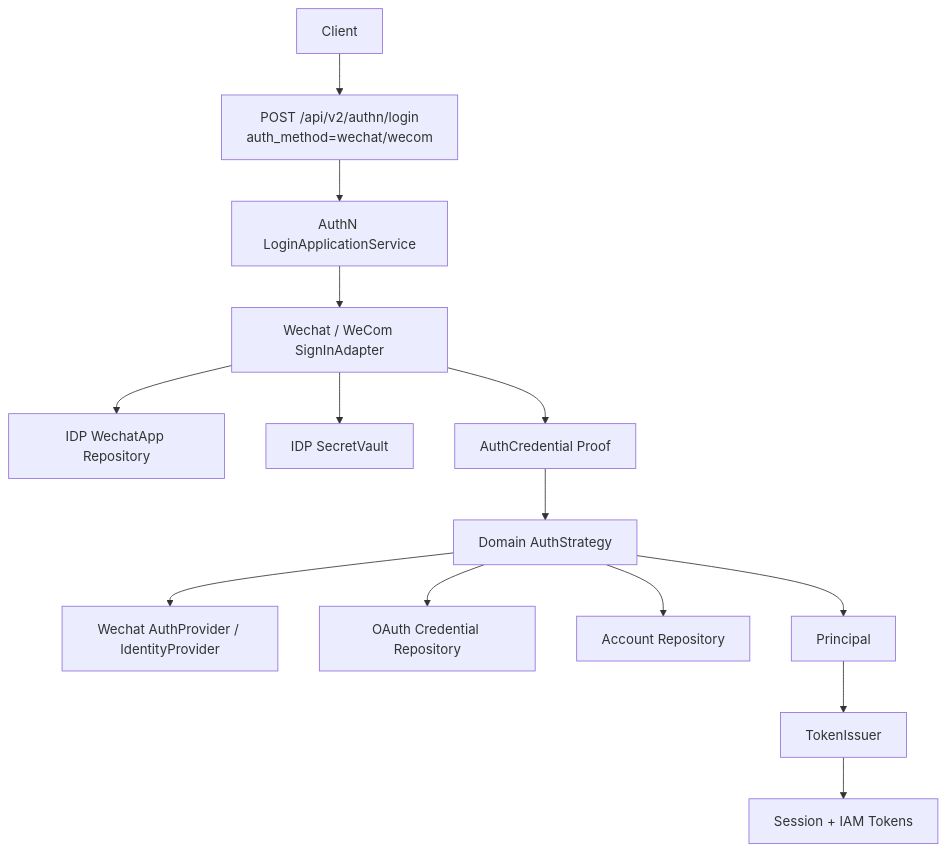
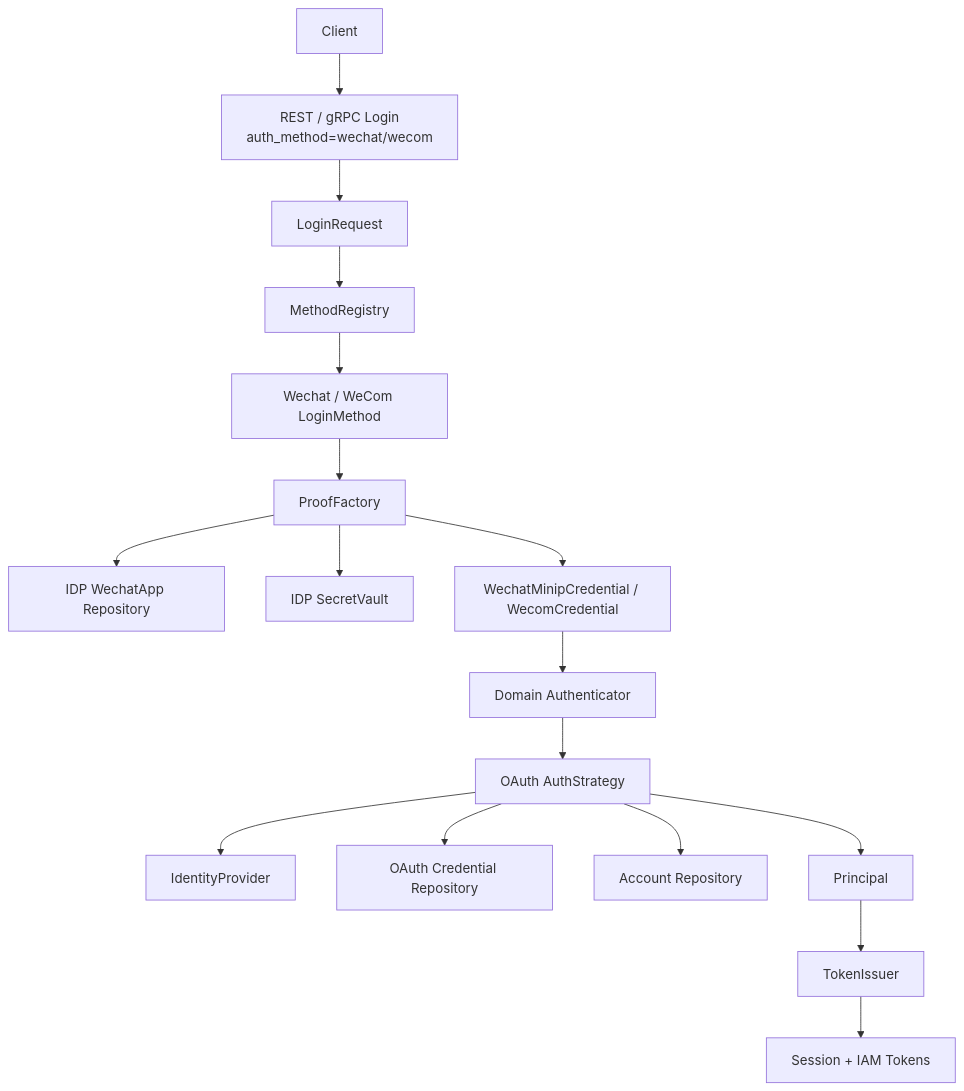
One commit to FangcunMount/iam changed the first of 5 diagrams in docs/02-认证AuthN/04-第三方登录与IDP协作.md. Above: the diagram before and after it, drawn with Mermaid. The commit also changed other lines of this file and 5 other files, not shown here.

````diff
--- a/docs/02-认证AuthN/04-第三方登录与IDP协作.md
+++ b/docs/02-认证AuthN/04-第三方登录与IDP协作.md
@@ -80,28 +85,31 @@
 ```mermaid
 flowchart TD
     Client["Client"]
-    Login["POST /api/v2/authn/login<br/>auth_method=wechat/wecom"]
-    AuthN["AuthN LoginApplicationService"]
-    Adapter["Wechat / WeCom SignInAdapter"]
+    Login["REST / gRPC Login<br/>auth_method=wechat/wecom"]
+    LoginRequest["LoginRequest"]
+    Registry["MethodRegistry"]
+    LoginMethod["Wechat / WeCom LoginMethod"]
+    ProofFactory["ProofFactory"]
 
     IDPRepo["IDP WechatApp Repository"]
     Vault["IDP SecretVault"]
-    AuthProvider["Wechat AuthProvider / IdentityProvider"]
+    IdentityProvider["IdentityProvider"]
 
-    Proof["AuthCredential Proof"]
-    Strategy["Domain AuthStrategy"]
+    Proof["WechatMinipCredential / WecomCredential"]
+    Authenticator["Domain Authenticator"]
+    Strategy["OAuth AuthStrategy"]
     CredentialRepo["OAuth Credential Repository"]
     AccountRepo["Account Repository"]
     Principal["Principal"]
     TokenIssuer["TokenIssuer"]
     SessionToken["Session + IAM Tokens"]
 
-    Client --> Login --> AuthN --> Adapter
-    Adapter --> IDPRepo
-    Adapter --> Vault
-    Adapter --> Proof --> Strategy
-    Strategy --> AuthProvider
+    Client --> Login --> LoginRequest --> Registry --> LoginMethod --> ProofFactory
+    ProofFactory --> IDPRepo
+    ProofFactory --> Vault
+    ProofFactory --> Proof --> Authenticator --> Strategy
+    Strategy --> IdentityProvider
     Strategy --> CredentialRepo
     Strategy --> AccountRepo
     Strategy --> Principal --> TokenIssuer --> SessionToken
 ```
````
